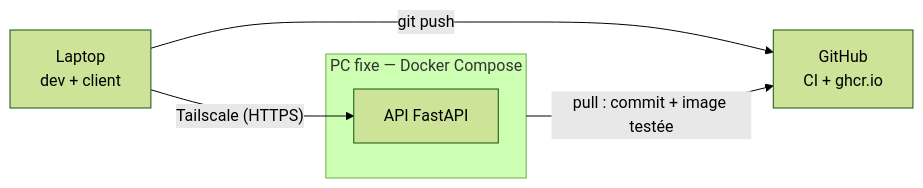
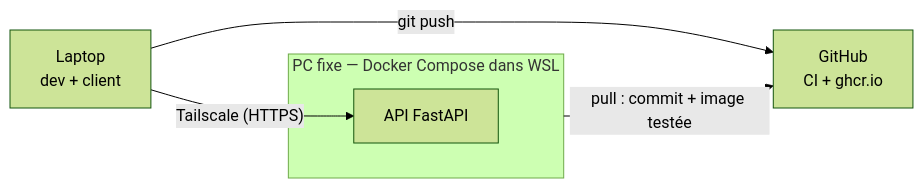
Before and after one commit to Messine-7/rag-local: the diagram in README.md, drawn with Mermaid (forest theme). The commit also changed other lines of this file, not shown here.

````diff
--- a/README.md
+++ b/README.md
@@ -13,9 +13,9 @@
 ```mermaid
 flowchart LR
   L["Laptop<br/>dev + client"] -- git push --> G["GitHub<br/>CI + ghcr.io"]
   P -- "pull : commit + image testée" --> G
   L -- "Tailscale (HTTPS)" --> A
-  subgraph P["PC fixe — Docker Compose"]
+  subgraph P["PC fixe — Docker Compose dans WSL"]
     A["API FastAPI"]
   end
 ```
````
